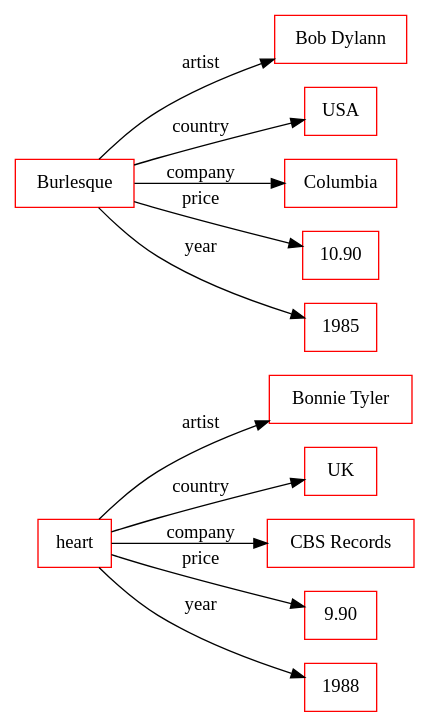
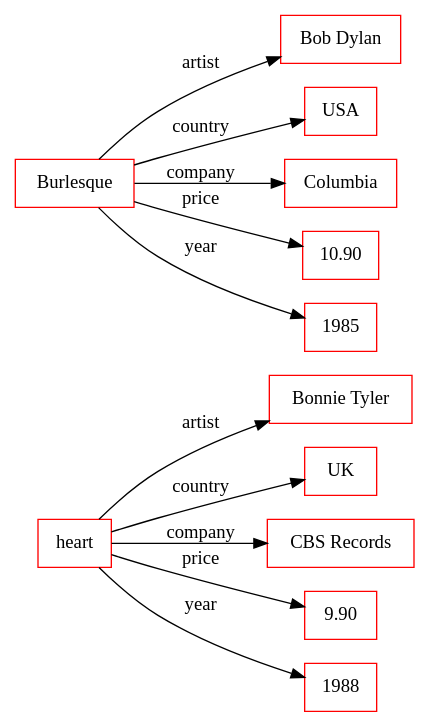
Before and after one commit to ahmad88me/target: the diagram in drawings/ar2dtool-class.conf/org/sample.rdf.png.dot, drawn with Graphviz. The commit also changed 2 other files, not shown here.

```diff
--- a/drawings/ar2dtool-class.conf/org/sample.rdf.png.dot
+++ b/drawings/ar2dtool-class.conf/org/sample.rdf.png.dot
@@ -1,16 +1,16 @@
 digraph ar2dtool_diagram { 
 rankdir=LR;
 size="1000"
-node [shape = rectangle, color="red"]; "Bonnie Tyler" "UK" "CBS Records" "9.90" "1988" "Bob Dylann" "USA" "Columbia" "10.90" "1985" ; /*literals style*/
+node [shape = rectangle, color="red"]; "Bonnie Tyler" "UK" "CBS Records" "9.90" "1988" "Bob Dylan" "USA" "Columbia" "10.90" "1985" ; /*literals style*/
 	"heart" -> "Bonnie Tyler" [ label = "artist" ];
 	"heart" -> "UK" [ label = "country" ];
 	"heart" -> "CBS Records" [ label = "company" ];
 	"heart" -> "9.90" [ label = "price" ];
 	"heart" -> "1988" [ label = "year" ];
-	"Burlesque" -> "Bob Dylann" [ label = "artist" ];
+	"Burlesque" -> "Bob Dylan" [ label = "artist" ];
 	"Burlesque" -> "USA" [ label = "country" ];
 	"Burlesque" -> "Columbia" [ label = "company" ];
 	"Burlesque" -> "10.90" [ label = "price" ];
 	"Burlesque" -> "1985" [ label = "year" ];
 
 }
```
